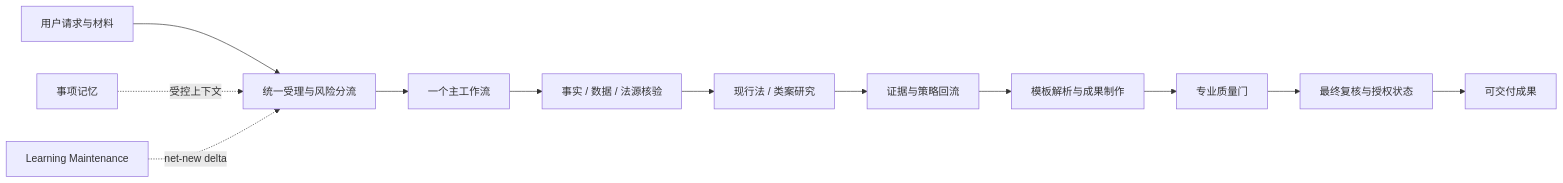
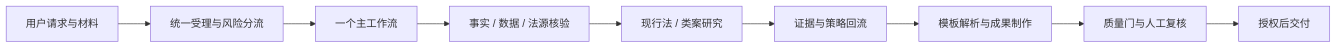
One commit to 384363367-dot/legal-os changed the diagram in README.md. Above: the diagram before and after it, drawn with Mermaid. The commit also changed other lines of this file and 6 other files, not shown here.

````diff
--- a/README.md
+++ b/README.md
@@ -101,15 +69,11 @@
 ```mermaid
 flowchart LR
     A["用户请求与材料"] --> B["统一受理与风险分流"]
     B --> C["一个主工作流"]
     C --> D["事实 / 数据 / 法源核验"]
     D --> E["现行法 / 类案研究"]
     E --> F["证据与策略回流"]
     F --> G["模板解析与成果制作"]
-    G --> H["专业质量门"]
-    H --> I["最终复核与授权状态"]
-    I --> J["可交付成果"]
-
-    K["事项记忆"] -. 受控上下文 .-> B
-    L["Learning Maintenance"] -. net-new delta .-> B
+    G --> H["质量门与人工复核"]
+    H --> I["授权后交付"]
 ```
````
